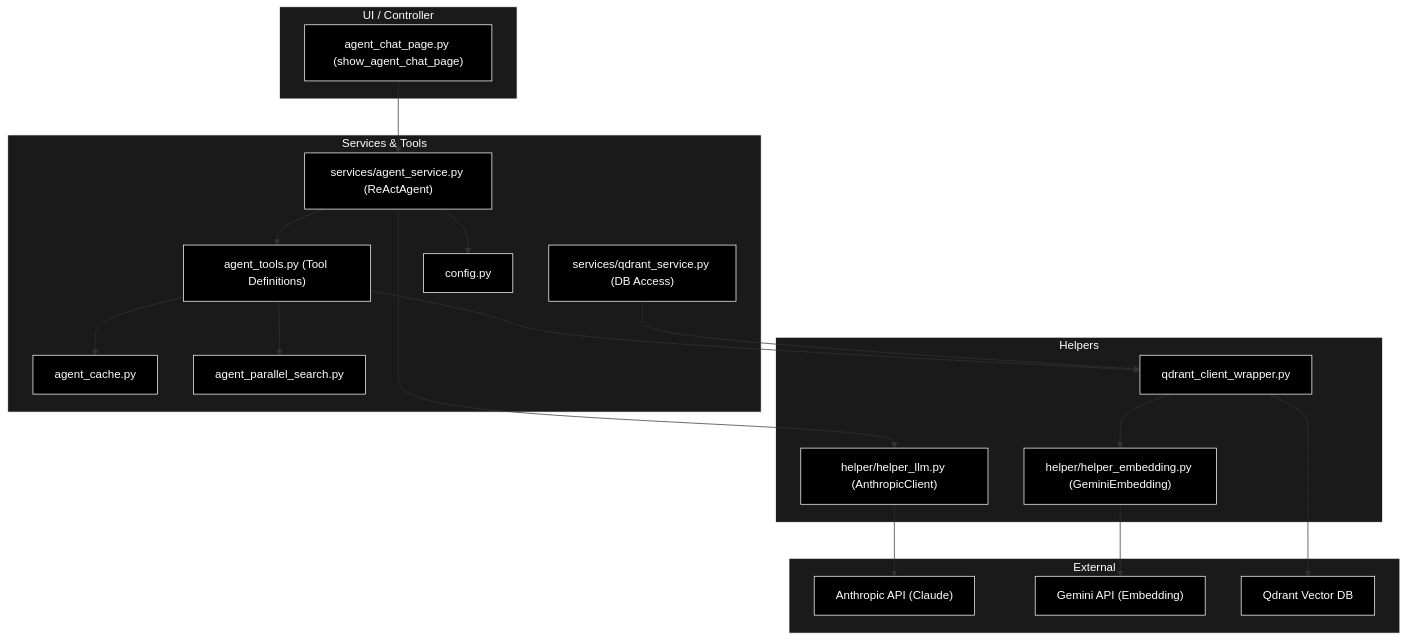
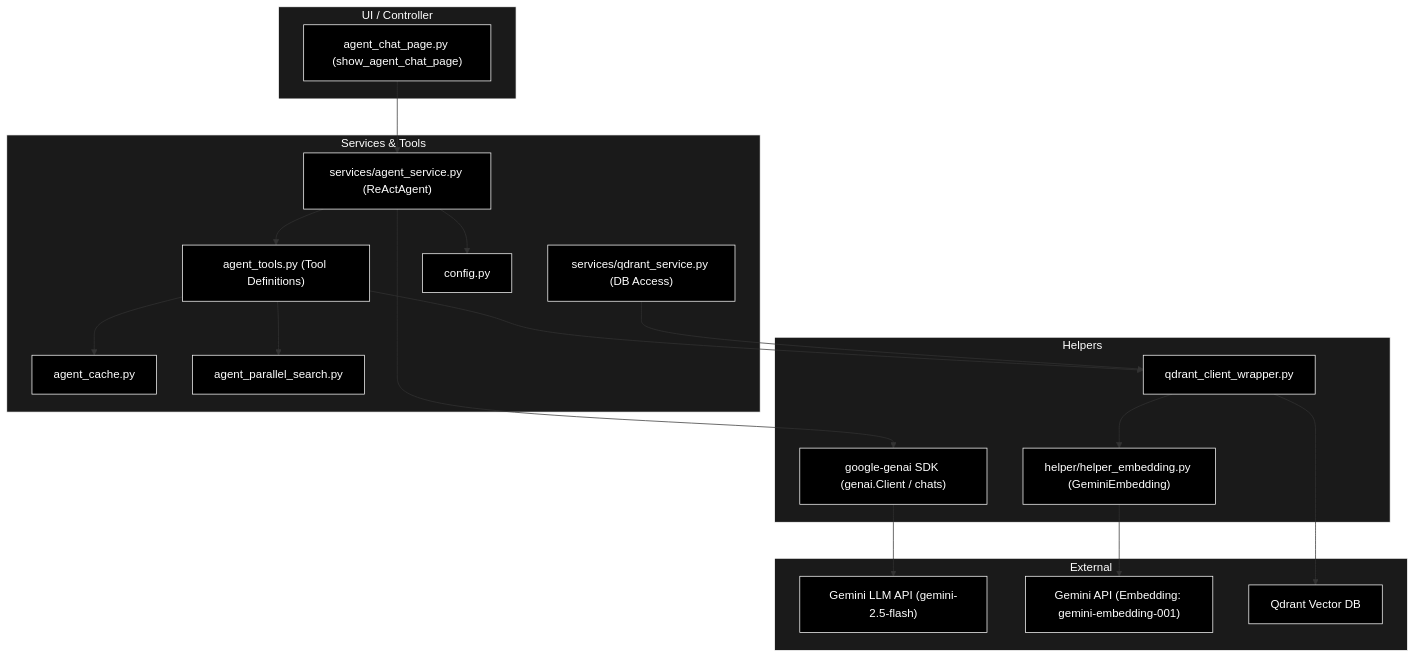
The tenth of 10 diagrams in readme_react_reflection.md (nakashima2toshio/anthropic_grace_agent_v2), drawn with Mermaid before and after one commit. The commit also changed other lines of this file and 9 other files, not shown here.

````diff
--- a/readme_react_reflection.md
+++ b/readme_react_reflection.md
@@ -986,47 +1037,47 @@
 ```mermaid
 graph TD
     subgraph UI_Layer ["UI / Controller"]
         AgentPage["agent_chat_page.py (show_agent_chat_page)"]
     end
 
     subgraph Service_Layer ["Services & Tools"]
         AgentSvc["services/agent_service.py (ReActAgent)"]
         Tools["agent_tools.py (Tool Definitions)"]
         Cache["agent_cache.py"]
         Parallel["agent_parallel_search.py"]
         QdrantSvc["services/qdrant_service.py (DB Access)"]
         Config["config.py"]
     end
 
     subgraph Helper_Layer ["Helpers"]
-        HelperLLM["helper/helper_llm.py (AnthropicClient)"]
+        GenAI["google-genai SDK (genai.Client / chats)"]
         HelperEmbed["helper/helper_embedding.py (GeminiEmbedding)"]
         Wrapper["qdrant_client_wrapper.py"]
     end
 
     subgraph External_API ["External"]
-        Claude["Anthropic API (Claude)"]
-        Gemini["Gemini API (Embedding)"]
+        GeminiLLM["Gemini LLM API (gemini-2.5-flash)"]
+        Gemini["Gemini API (Embedding: gemini-embedding-001)"]
         QdrantDB["Qdrant Vector DB"]
     end
 
     AgentPage --> AgentSvc
     AgentSvc --> Tools
-    AgentSvc --> HelperLLM
+    AgentSvc --> GenAI
     AgentSvc --> Config
     Tools --> Cache
     Tools --> Parallel
     Tools --> Wrapper
     Wrapper --> HelperEmbed
-    HelperLLM --> Claude
+    GenAI --> GeminiLLM
     HelperEmbed --> Gemini
     Wrapper --> QdrantDB
     QdrantSvc --> Wrapper
 classDef default fill:#000,stroke:#fff,color:#fff
 classDef subgraphStyle fill:#1a1a1a,stroke:#fff,color:#fff
-class AgentPage,AgentSvc,Tools,Cache,Parallel,QdrantSvc,Config,HelperLLM,HelperEmbed,Wrapper,Claude,Gemini,QdrantDB default
+class AgentPage,AgentSvc,Tools,Cache,Parallel,QdrantSvc,Config,GenAI,HelperEmbed,Wrapper,GeminiLLM,Gemini,QdrantDB default
 style UI_Layer fill:#1a1a1a,stroke:#fff,color:#fff
 style Service_Layer fill:#1a1a1a,stroke:#fff,color:#fff
 style Helper_Layer fill:#1a1a1a,stroke:#fff,color:#fff
 style External_API fill:#1a1a1a,stroke:#fff,color:#fff
 ```
````
